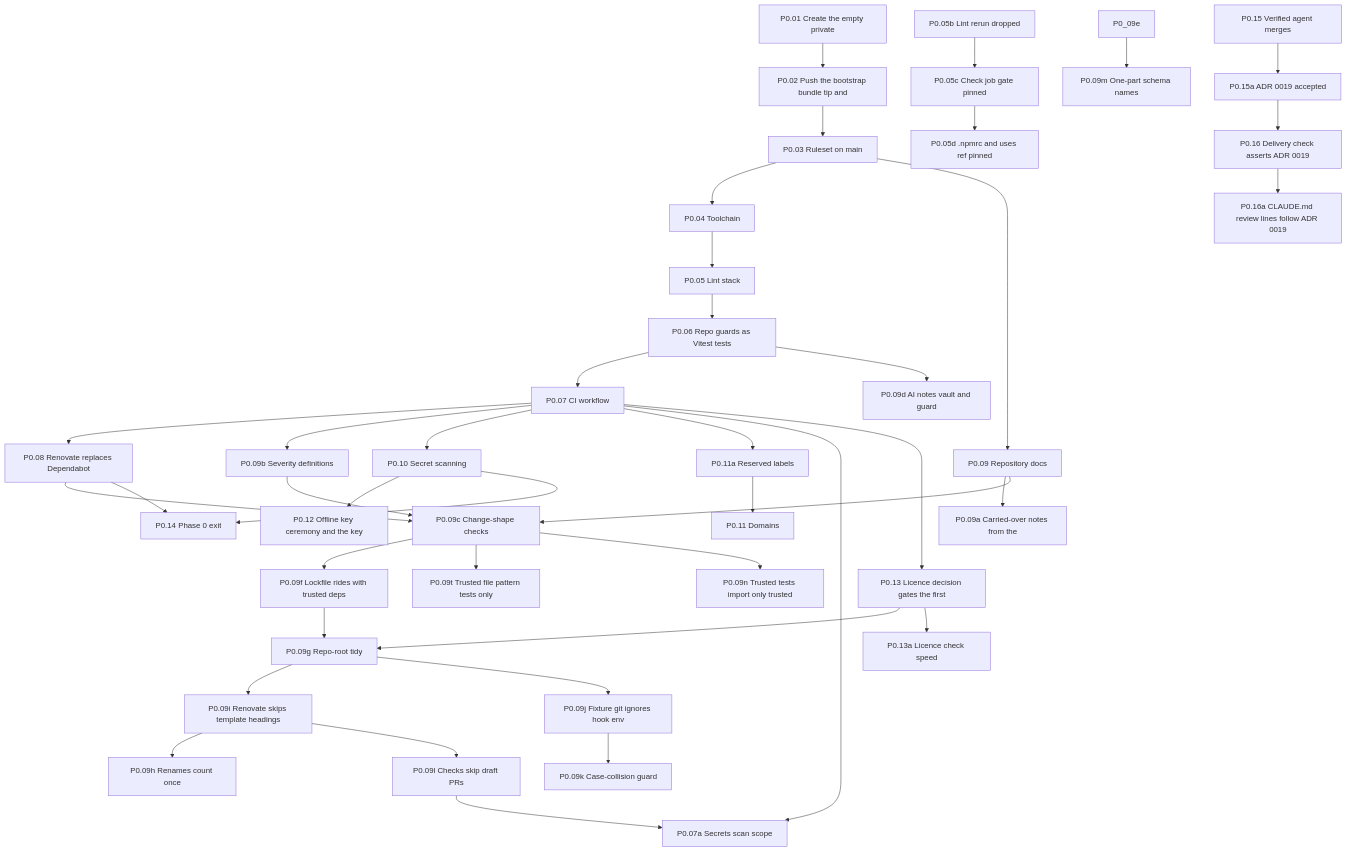
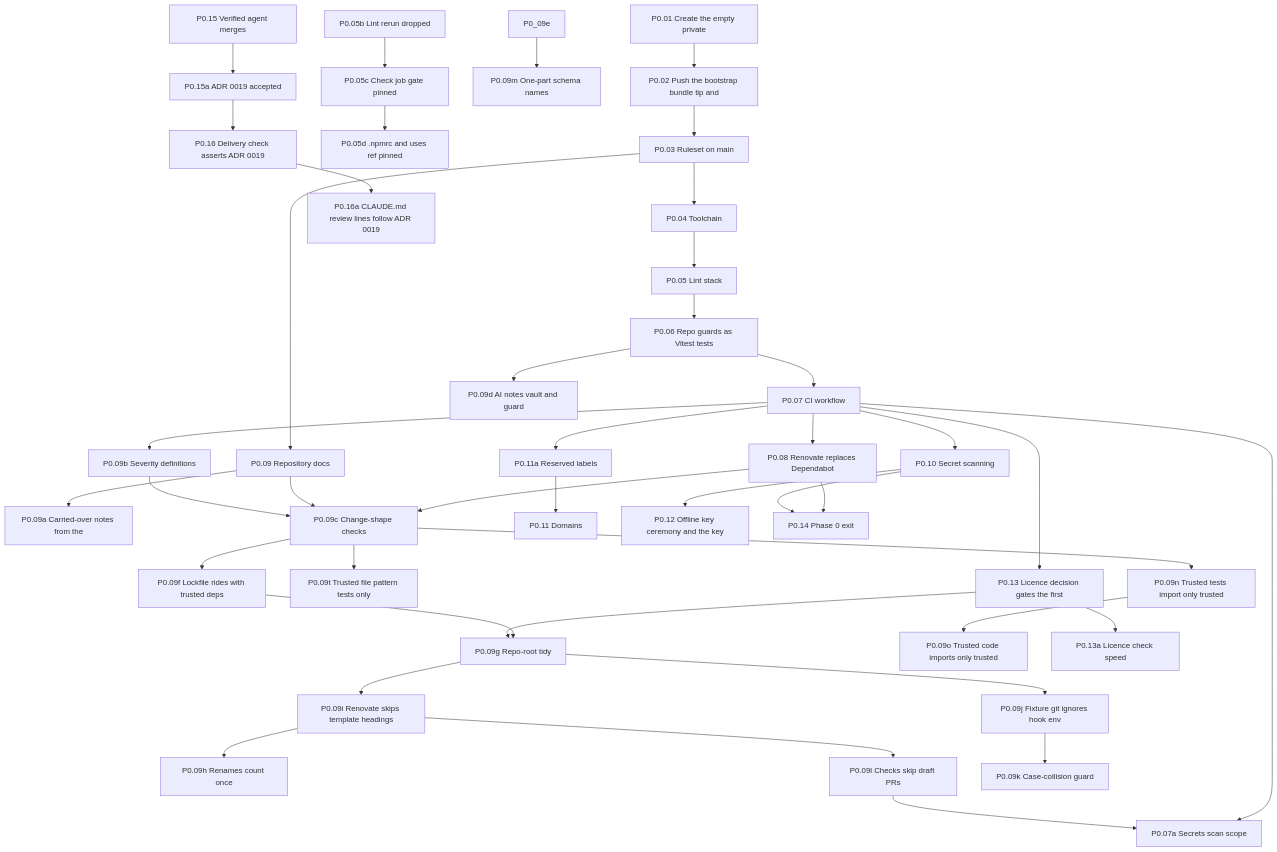
One commit to Undefined6799/unset changed the first of 11 diagrams in docs/ai/book/01-outline.md. Above: the diagram before and after it, drawn with Mermaid. The commit also changed other lines of this file and 2 other files, not shown here.

```diff
--- a/docs/ai/book/01-outline.md
+++ b/docs/ai/book/01-outline.md
@@ -95,6 +96,7 @@
   P0_09m["P0.09m One-part schema names"]
   P0_09t["P0.09t Trusted file pattern tests only"]
   P0_09n["P0.09n Trusted tests import only trusted"]
+  P0_09o["P0.09o Trusted code imports only trusted"]
   P0_10["P0.10 Secret scanning"]
   P0_11a["P0.11a Reserved labels"]
   P0_11["P0.11 Domains"]
@@ -125,6 +127,7 @@
   P0_09c --> P0_09f
   P0_09c --> P0_09t
   P0_09c --> P0_09n
+  P0_09n --> P0_09o
   P0_09f --> P0_09g
   P0_13 --> P0_09g
   P0_09g --> P0_09i
```
